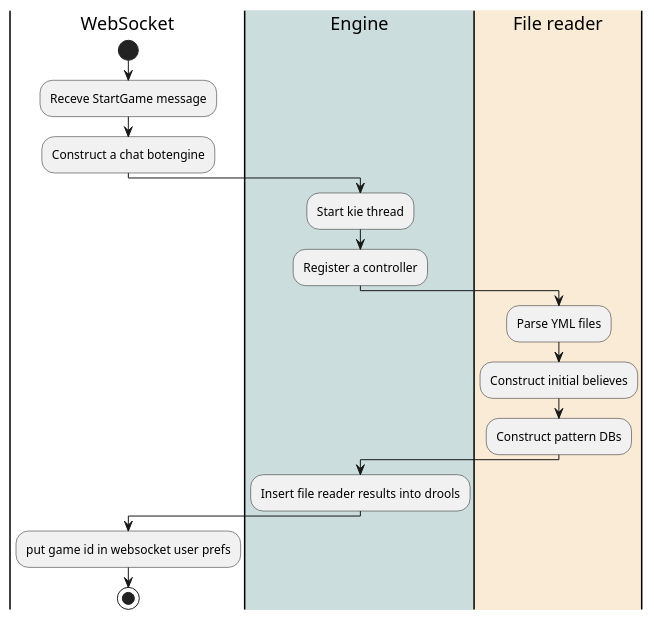
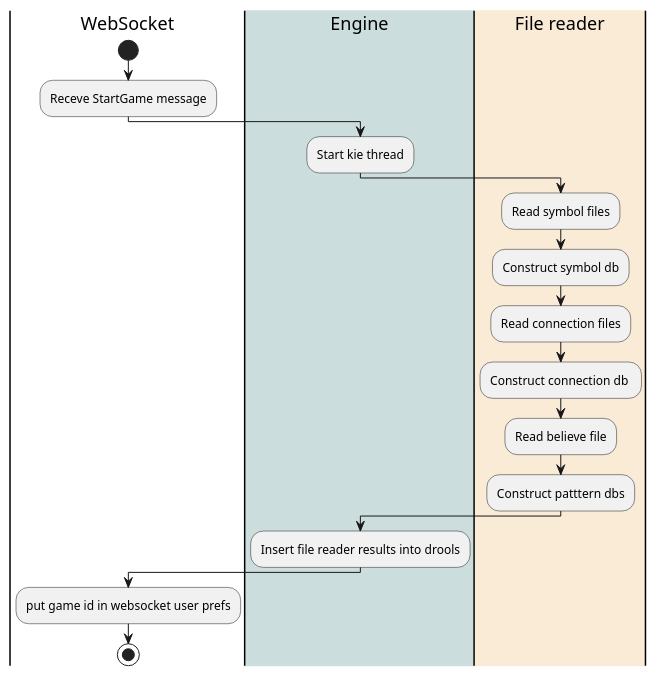
Before and after one commit to jappeace/methods-homework: diagram 14 of 16 in thesis/thesis.org, drawn with PlantUML. The commit also changed other lines of this file and 1 other file, not shown here.

```diff
--- a/thesis/thesis.org
+++ b/thesis/thesis.org
@@ -3219,18 +3239,19 @@
 #+BEGIN_SRC plantuml :cache yes :file img/uml/initjung.png :exports results
   |WebSocket|
   start
   :Receve StartGame message;
-  :Construct a chat botengine;
   |#CCDDDD|Engine|
   :Start kie thread;
-  :Register a controller;
   |#AntiqueWhite|File reader|
-  :Parse YML files;
-  :Construct initial believes;
-  :Construct pattern DBs;
+  :Read symbol files;
+  :Construct symbol db;
+  :Read connection files;
+  :Construct connection db ;
+  :Read believe file;
+  :Construct patttern dbs;
   |#CCDDDD|Engine|
   :Insert file reader results into drools;
   |WebSocket|
   :put game id in websocket user prefs;
   stop
 #+END_SRC
```
